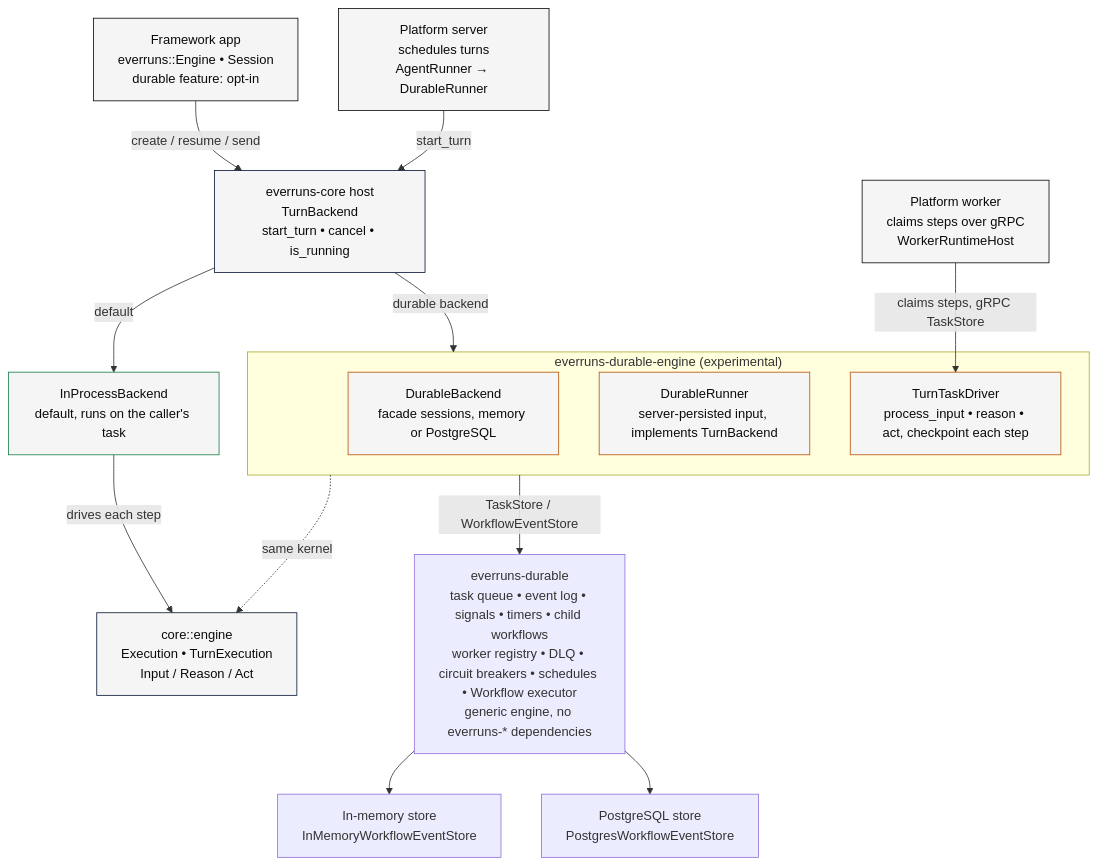
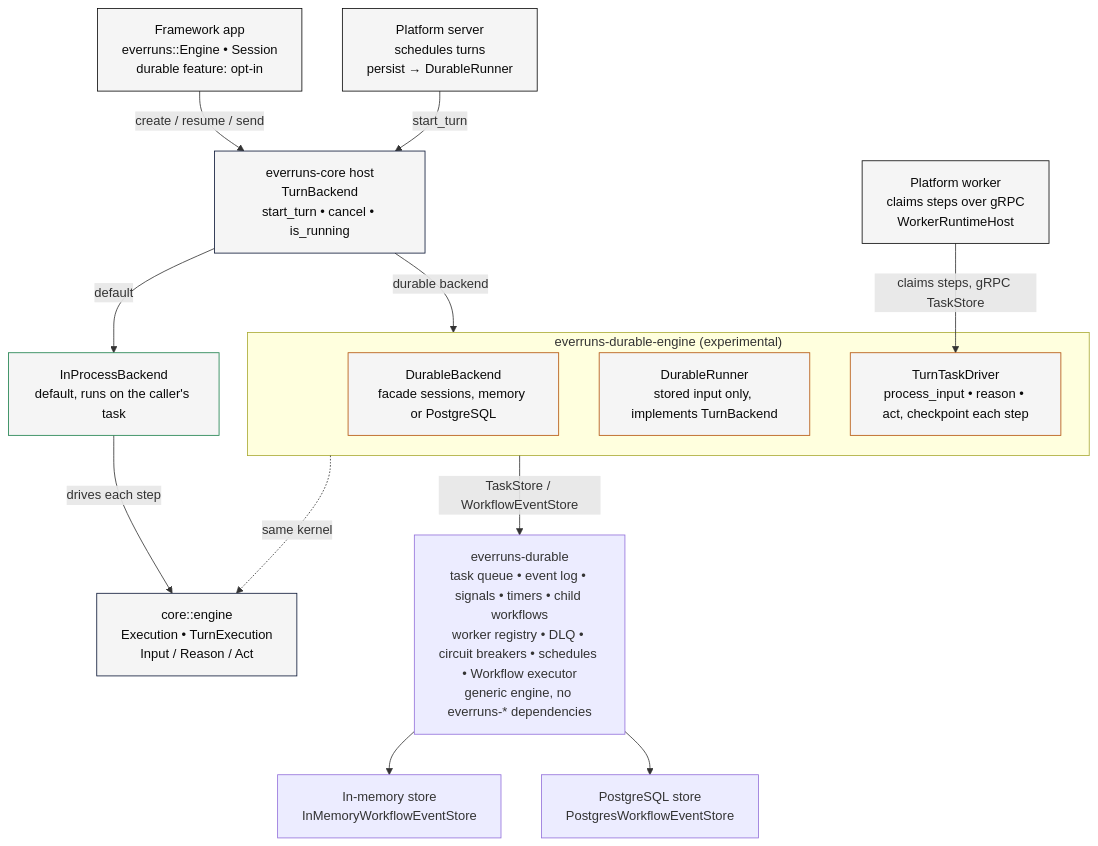
Before and after one commit to everruns/everruns: the diagram in docs/framework/architecture.mmd, drawn with Mermaid. The commit also changed 67 other files, not shown here.

First line of the commit message:
refactor(server): start turns through TurnBackend and drop AgentRunner

```diff
--- a/docs/framework/architecture.mmd
+++ b/docs/framework/architecture.mmd
@@ -1,41 +1,41 @@
 flowchart TB
     F["Framework app<br/>everruns::Engine • Session<br/>durable feature: opt-in"]
-    S["Platform server<br/>schedules turns<br/>AgentRunner → DurableRunner"]
+    S["Platform server<br/>schedules turns<br/>persist → DurableRunner"]
     W["Platform worker<br/>claims steps over gRPC<br/>WorkerRuntimeHost"]
 
     B["everruns-core host<br/>TurnBackend<br/>start_turn • cancel • is_running"]
 
     I["InProcessBackend<br/>default, runs on the caller's task"]
 
     subgraph DE["everruns-durable-engine (experimental)"]
         DB["DurableBackend<br/>facade sessions, memory or PostgreSQL"]
-        DR["DurableRunner<br/>server-persisted input, implements TurnBackend"]
+        DR["DurableRunner<br/>stored input only, implements TurnBackend"]
         TD["TurnTaskDriver<br/>process_input • reason • act, checkpoint each step"]
     end
 
     K["core::engine<br/>Execution • TurnExecution<br/>Input / Reason / Act"]
 
     D["everruns-durable<br/>task queue • event log • signals • timers • child workflows<br/>worker registry • DLQ • circuit breakers • schedules • Workflow executor<br/>generic engine, no everruns-* dependencies"]
 
     M["In-memory store<br/>InMemoryWorkflowEventStore"]
     P["PostgreSQL store<br/>PostgresWorkflowEventStore"]
 
     F -->|"create / resume / send"| B
     S -->|"start_turn"| B
     B -->|"default"| I
     B -->|"durable backend"| DE
     W -->|"claims steps, gRPC TaskStore"| TD
     I -->|"drives each step"| K
     DE -.->|"same kernel"| K
     DE -->|"TaskStore / WorkflowEventStore"| D
     D --> M
     D --> P
 
     classDef application fill:#F5F5F5,stroke:#0A0A0A,color:#0A0A0A
     classDef immediate fill:#F5F5F5,stroke:#1B7F4B,color:#0A0A0A
     classDef durable fill:#F5F5F5,stroke:#B45309,color:#0A0A0A
     classDef kernel fill:#F5F5F5,stroke:#0A1636,color:#0A0A0A
     class F,S,W application
     class I immediate
     class DB,DR,TD durable
     class B,K kernel
```
